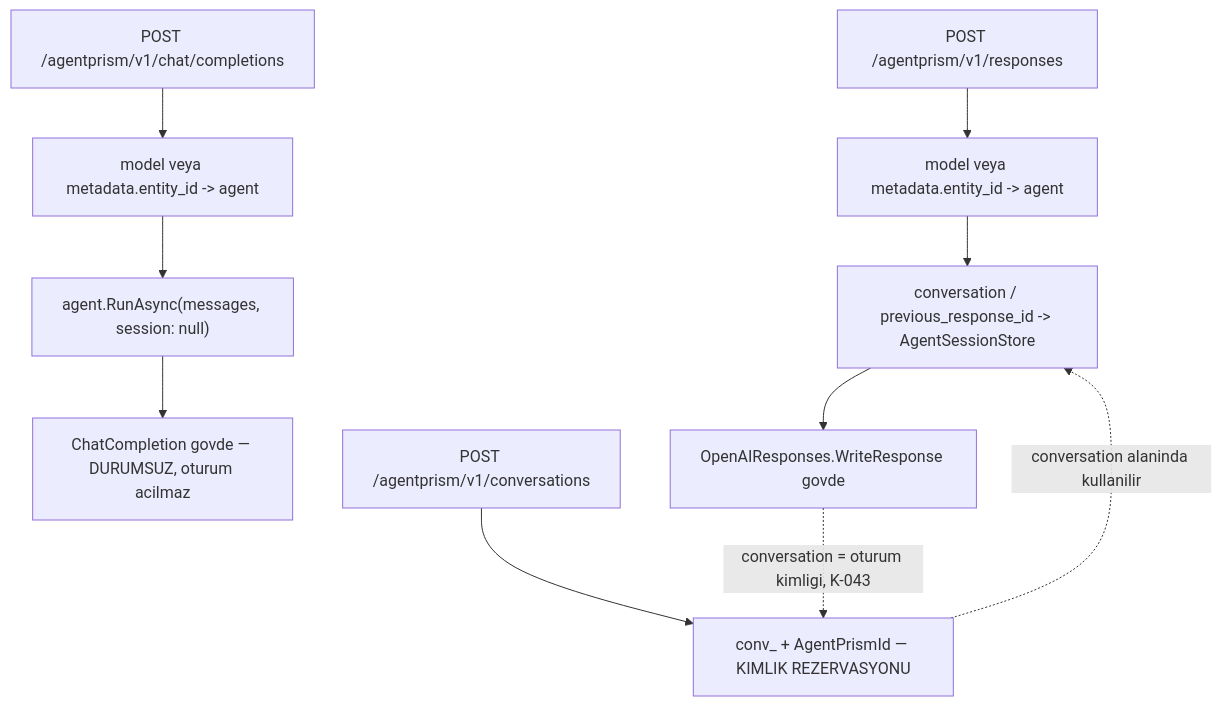
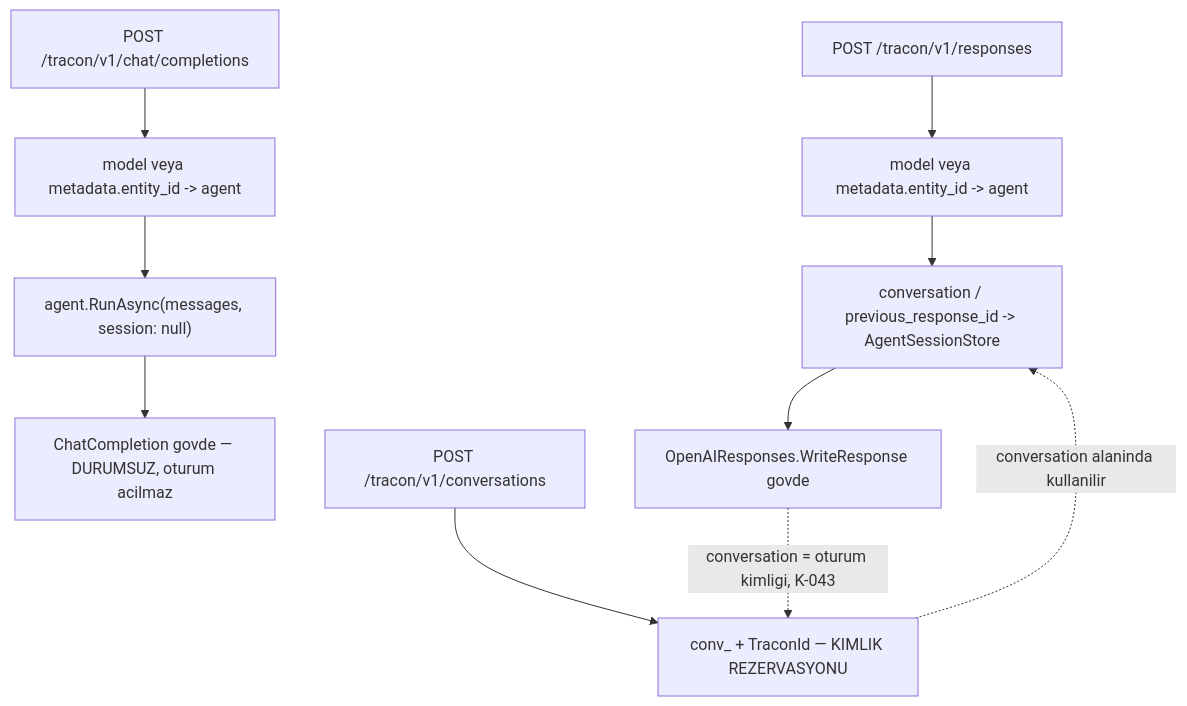
One commit to farukatasoy/Tracon changed the diagram in docs/manuel-test/08-OPENAI-UYUMLU-UCLAR.md. Above: the diagram before and after it, drawn with Mermaid. The commit also changed other lines of this file and 4535 other files, not shown here.

````diff
--- a/docs/manuel-test/08-OPENAI-UYUMLU-UCLAR.md
+++ b/docs/manuel-test/08-OPENAI-UYUMLU-UCLAR.md
@@ -33,14 +33,14 @@
 ```mermaid
 flowchart TD
-    A["POST /agentprism/v1/chat/completions"] --> B["model veya metadata.entity_id -> agent"]
+    A["POST /tracon/v1/chat/completions"] --> B["model veya metadata.entity_id -> agent"]
     B --> C["agent.RunAsync(messages, session: null)"]
     C --> D["ChatCompletion govde — DURUMSUZ, oturum acilmaz"]
 
-    E["POST /agentprism/v1/responses"] --> F["model veya metadata.entity_id -> agent"]
+    E["POST /tracon/v1/responses"] --> F["model veya metadata.entity_id -> agent"]
     F --> G["conversation / previous_response_id -> AgentSessionStore"]
     G --> H["OpenAIResponses.WriteResponse govde"]
 
-    I["POST /agentprism/v1/conversations"] --> J["conv_ + AgentPrismId — KIMLIK REZERVASYONU"]
+    I["POST /tracon/v1/conversations"] --> J["conv_ + TraconId — KIMLIK REZERVASYONU"]
     J -.->|conversation alaninda kullanilir| G
     H -.->|conversation = oturum kimligi, K-043| J
 ```
````
